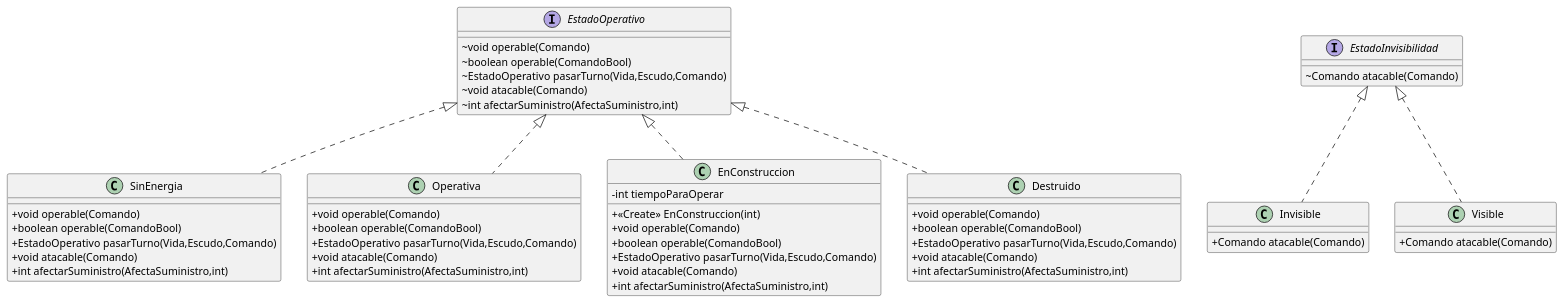
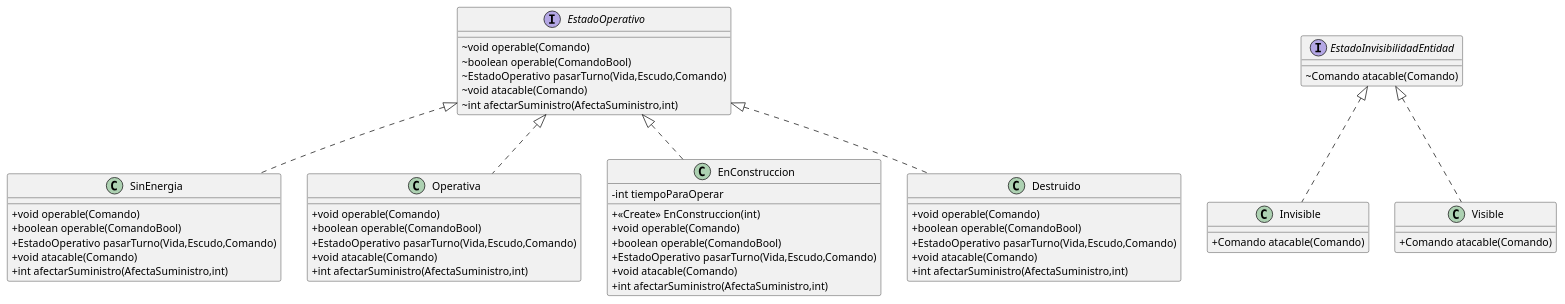
The diagram in diagrams/classes/clases/entidades/EstadoEntidad.puml (RDJulian/algo3-tp2-11-202202c), drawn with PlantUML before and after one commit. The commit also changed 74 other files, not shown here.

Commit message:
feat: Diagramas de clase.

```diff
--- a/diagrams/classes/clases/entidades/EstadoEntidad.puml
+++ b/diagrams/classes/clases/entidades/EstadoEntidad.puml
@@ -1,57 +1,57 @@
 @startuml
 skinparam classAttributeIconSize 0
 class SinEnergia {
 + void operable(Comando)
 + boolean operable(ComandoBool)
 + EstadoOperativo pasarTurno(Vida,Escudo,Comando)
 + void atacable(Comando)
 + int afectarSuministro(AfectaSuministro,int)
 }
-interface EstadoInvisibilidad {
+interface EstadoInvisibilidadEntidad {
 ~ Comando atacable(Comando)
 }
 interface EstadoOperativo {
 ~ void operable(Comando)
 ~ boolean operable(ComandoBool)
 ~ EstadoOperativo pasarTurno(Vida,Escudo,Comando)
 ~ void atacable(Comando)
 ~ int afectarSuministro(AfectaSuministro,int)
 }
 class Operativa {
 + void operable(Comando)
 + boolean operable(ComandoBool)
 + EstadoOperativo pasarTurno(Vida,Escudo,Comando)
 + void atacable(Comando)
 + int afectarSuministro(AfectaSuministro,int)
 }
 class Invisible {
 + Comando atacable(Comando)
 }
 class EnConstruccion {
 - int tiempoParaOperar
 + <<Create>> EnConstruccion(int)
 + void operable(Comando)
 + boolean operable(ComandoBool)
 + EstadoOperativo pasarTurno(Vida,Escudo,Comando)
 + void atacable(Comando)
 + int afectarSuministro(AfectaSuministro,int)
 }
 class Destruido {
 + void operable(Comando)
 + boolean operable(ComandoBool)
 + EstadoOperativo pasarTurno(Vida,Escudo,Comando)
 + void atacable(Comando)
 + int afectarSuministro(AfectaSuministro,int)
 }
 class Visible {
 + Comando atacable(Comando)
 }
 
 
 EstadoOperativo <|.. SinEnergia
 EstadoOperativo <|.. Operativa
-EstadoInvisibilidad <|.. Invisible
+EstadoInvisibilidadEntidad <|.. Invisible
 EstadoOperativo <|.. EnConstruccion
 EstadoOperativo <|.. Destruido
-EstadoInvisibilidad <|.. Visible
+EstadoInvisibilidadEntidad <|.. Visible
 @enduml
```
